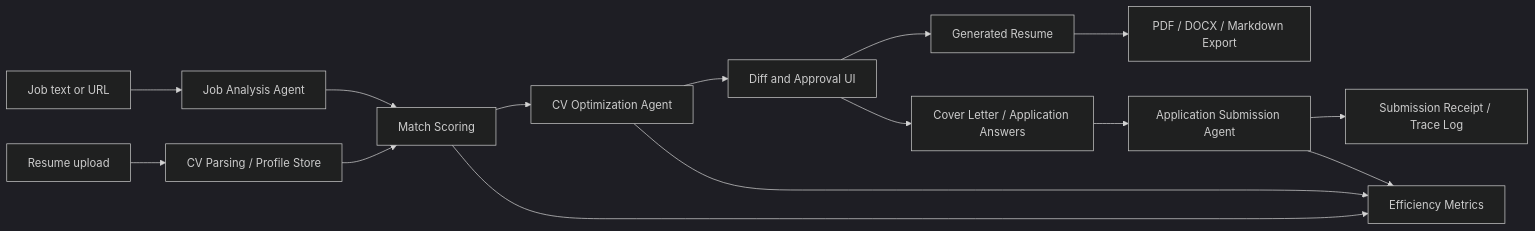
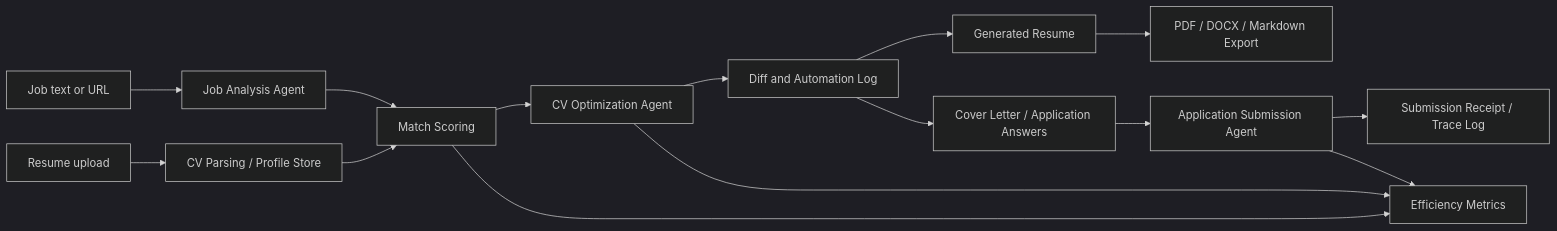
One commit to MrcDprm/quick-career- changed the diagram in ARCHITECTURE.md. Above: the diagram before and after it, drawn with Mermaid (dark theme). The commit also changed other lines of this file and 56 other files, not shown here.

````diff
--- a/ARCHITECTURE.md
+++ b/ARCHITECTURE.md
@@ -25,17 +25,17 @@
 ```mermaid
 flowchart LR
     A["Job text or URL"] --> B["Job Analysis Agent"]
     C["Resume upload"] --> D["CV Parsing / Profile Store"]
     B --> E["Match Scoring"]
     D --> E
     E --> F["CV Optimization Agent"]
-    F --> G["Diff and Approval UI"]
+    F --> G["Diff and Automation Log"]
     G --> H["Generated Resume"]
     G --> I["Cover Letter / Application Answers"]
     H --> J["PDF / DOCX / Markdown Export"]
     I --> K["Application Submission Agent"]
     K --> L["Submission Receipt / Trace Log"]
     E --> M["Efficiency Metrics"]
     F --> M
     K --> M
 ```
````
